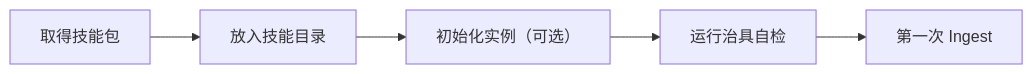
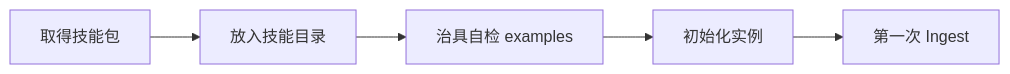
One commit to eiway112/agent-wiki changed the third of 3 diagrams in README.md. Above: the diagram before and after it, drawn with Mermaid. The commit also changed other lines of this file, not shown here.

````diff
--- a/README.md
+++ b/README.md
@@ -231,7 +227,7 @@
 ```mermaid
 flowchart LR
     A["取得技能包"] --> B["放入技能目录"]
-    B --> C["初始化实例（可选）"]
-    C --> D["运行治具自检"]
+    B --> C["治具自检 examples"]
+    C --> D["初始化实例"]
     D --> E["第一次 Ingest"]
 ```
````
